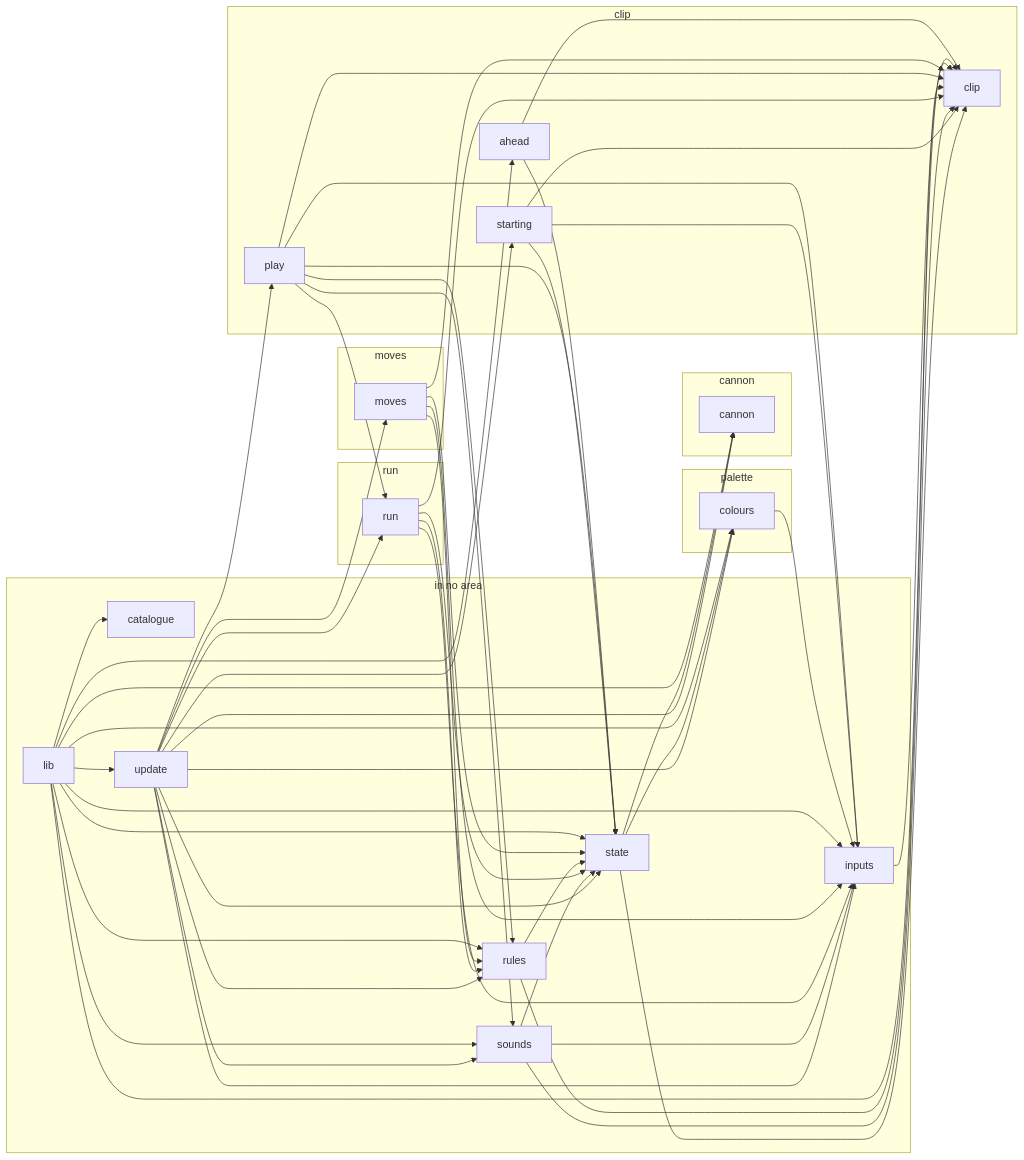
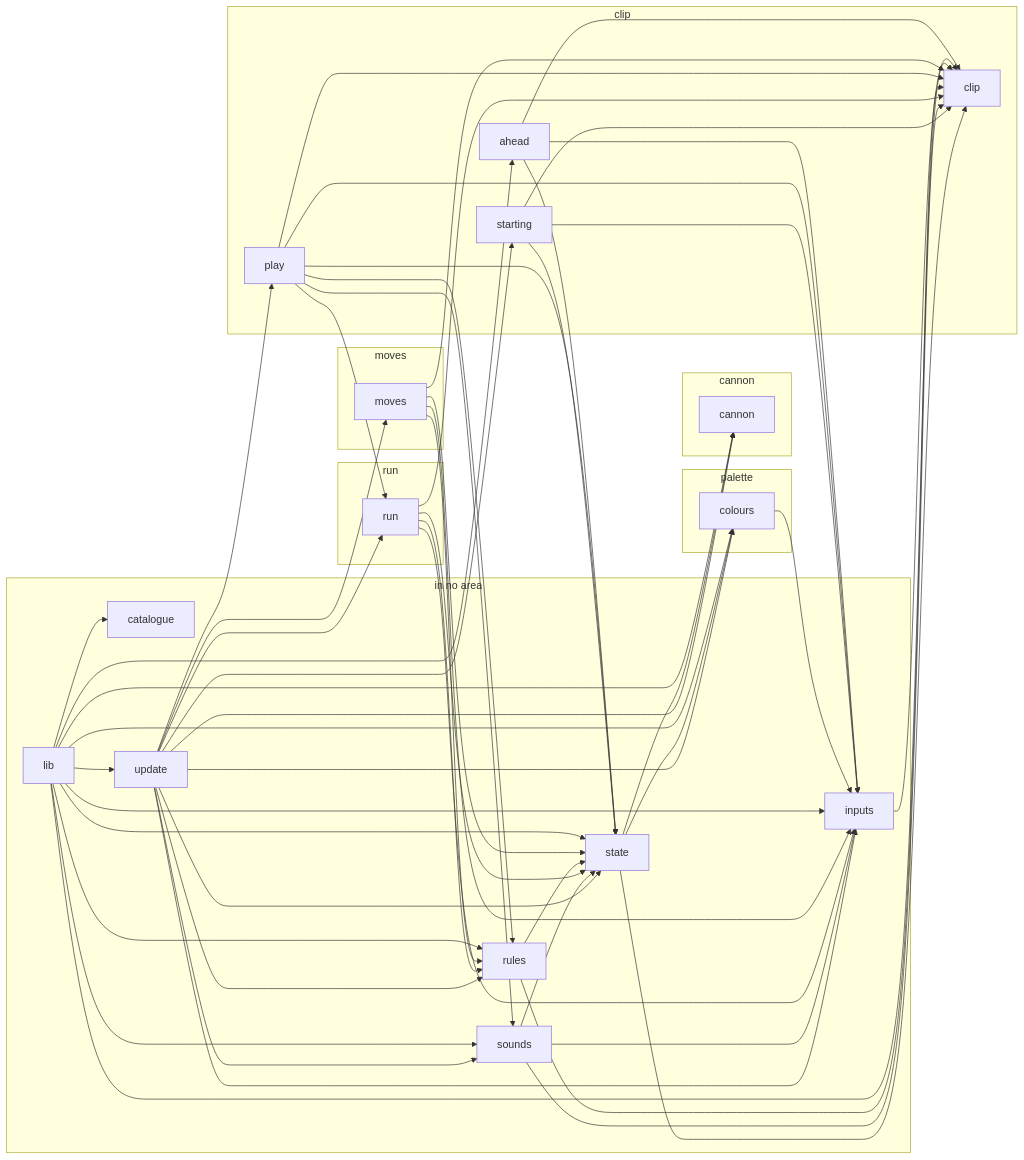
Diagram 11 of 18 in docs/REPORT.md (JimLundin/sm-decomp), drawn with Mermaid before and after one commit. The commit also changed other lines of this file and 45 other files, not shown here.

````diff
--- a/docs/REPORT.md
+++ b/docs/REPORT.md
@@ -1808,79 +1821,80 @@
 ```mermaid
 graph LR
   subgraph a_in_no_area["in no area"]
     m_catalogue["catalogue"]
     m_inputs["inputs"]
     m_lib["lib"]
     m_rules["rules"]
     m_sounds["sounds"]
     m_state["state"]
     m_update["update"]
   end
   subgraph a_cannon["cannon"]
     m_cannon["cannon"]
   end
   subgraph a_clip["clip"]
     m_ahead["ahead"]
     m_clip["clip"]
     m_play["play"]
     m_starting["starting"]
   end
   subgraph a_moves["moves"]
     m_moves["moves"]
   end
   subgraph a_palette["palette"]
     m_colours["colours"]
   end
   subgraph a_run["run"]
     m_run["run"]
   end
   m_ahead --> m_clip
+  m_ahead --> m_inputs
   m_ahead --> m_state
   m_colours --> m_inputs
   m_inputs --> m_clip
   m_lib --> m_ahead
   m_lib --> m_cannon
   m_lib --> m_catalogue
   m_lib --> m_clip
   m_lib --> m_colours
   m_lib --> m_inputs
   m_lib --> m_rules
   m_lib --> m_sounds
   m_lib --> m_state
   m_lib --> m_update
   m_moves --> m_clip
   m_moves --> m_inputs
   m_moves --> m_rules
   m_moves --> m_state
   m_play --> m_clip
   m_play --> m_inputs
   m_play --> m_rules
   m_play --> m_run
   m_play --> m_sounds
   m_play --> m_state
   m_rules --> m_clip
   m_rules --> m_state
   m_run --> m_clip
   m_run --> m_inputs
   m_run --> m_rules
   m_run --> m_state
   m_sounds --> m_clip
   m_sounds --> m_inputs
   m_sounds --> m_state
   m_starting --> m_clip
   m_starting --> m_inputs
   m_starting --> m_state
   m_state --> m_cannon
   m_state --> m_clip
   m_state --> m_colours
   m_update --> m_cannon
   m_update --> m_colours
   m_update --> m_inputs
   m_update --> m_moves
   m_update --> m_play
   m_update --> m_rules
   m_update --> m_run
   m_update --> m_sounds
   m_update --> m_starting
   m_update --> m_state
 ```
````
